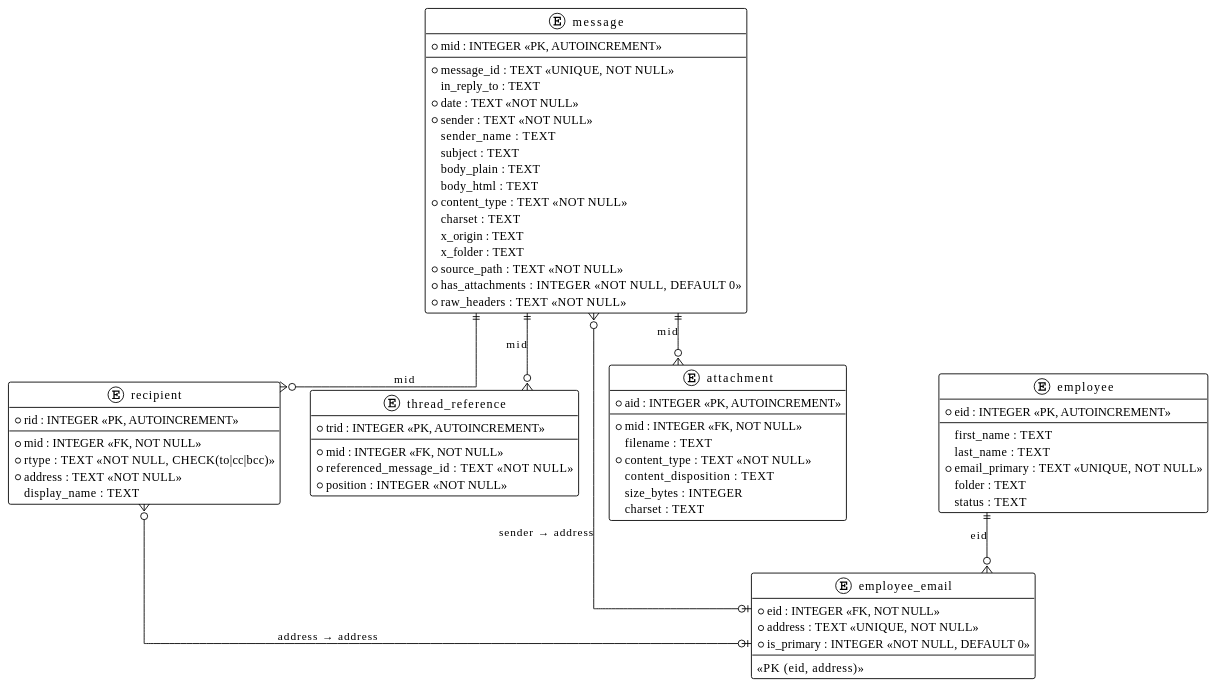
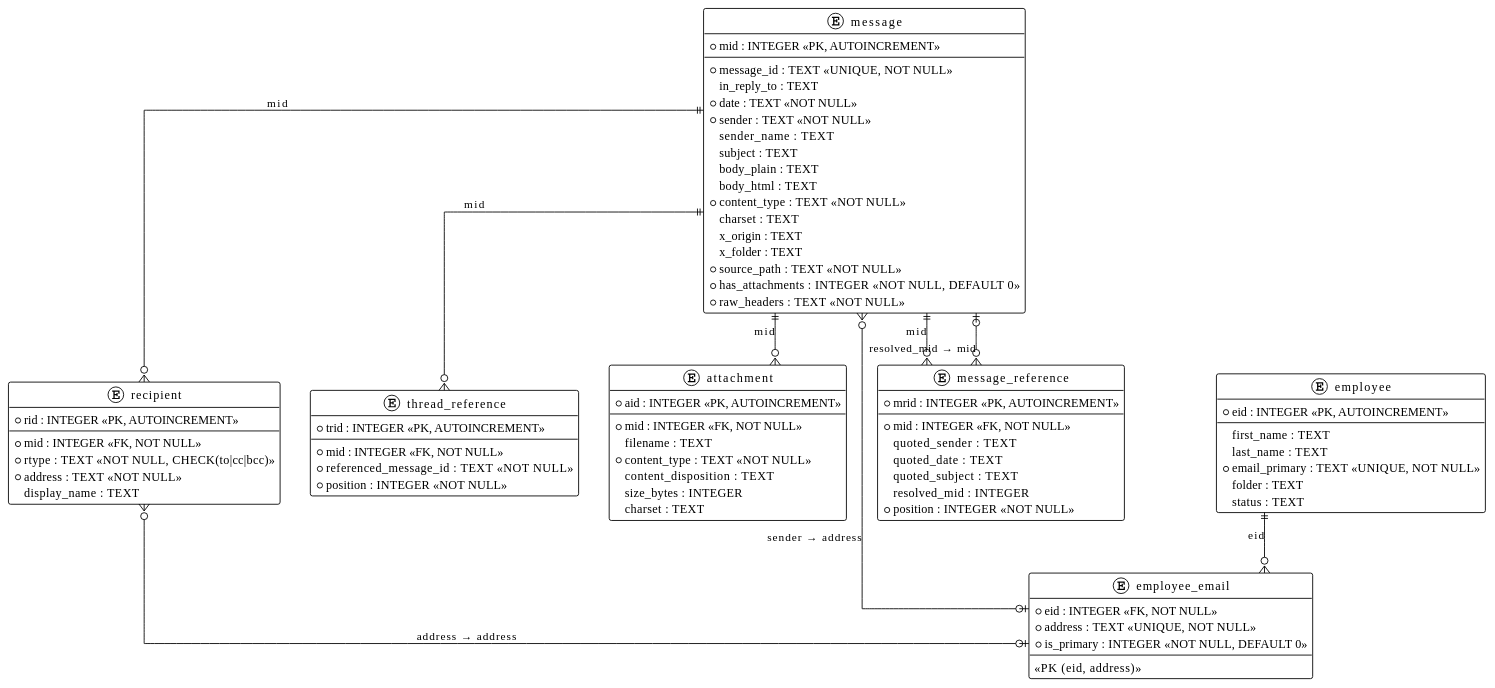
The diagram in planning/3-data-import-schema.md (blipk/emails-fts), drawn with PlantUML before and after one commit. The commit also changed other lines of this file and 1 other file, not shown here.

Commit message:
Update planning documents with updated data schema for email threading analysis

```diff
--- a/planning/3-data-import-schema.md
+++ b/planning/3-data-import-schema.md
@@ -55,6 +55,17 @@
     charset : TEXT
 }
 
+entity "message_reference" as mref {
+    *mrid : INTEGER <<PK, AUTOINCREMENT>>
+    --
+    *mid : INTEGER <<FK, NOT NULL>>
+    quoted_sender : TEXT
+    quoted_date : TEXT
+    quoted_subject : TEXT
+    resolved_mid : INTEGER
+    *position : INTEGER <<NOT NULL>>
+}
+
 entity "employee" as emp {
     *eid : INTEGER <<PK, AUTOINCREMENT>>
     --
@@ -76,6 +87,8 @@
 msg ||--o{ rcp : "mid"
 msg ||--o{ thr : "mid"
 msg ||--o{ att : "mid"
+msg ||--o{ mref : "mid"
+mref }o--o| msg : "resolved_mid → mid"
 emp ||--o{ eem : "eid"
 msg }o--o| eem : "sender → address"
 rcp }o--o| eem : "address → address"
```
